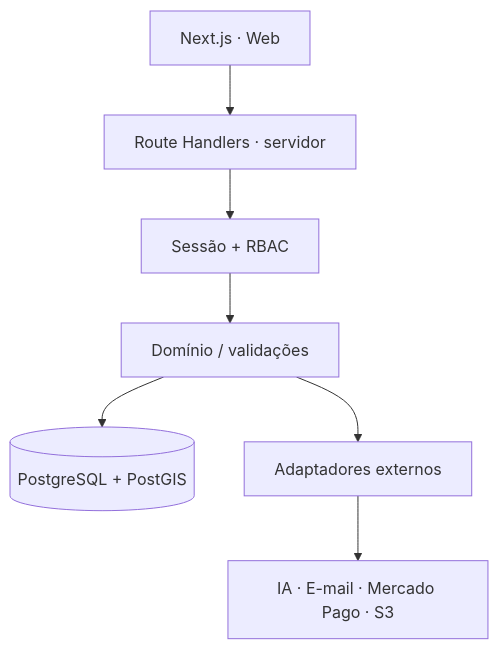
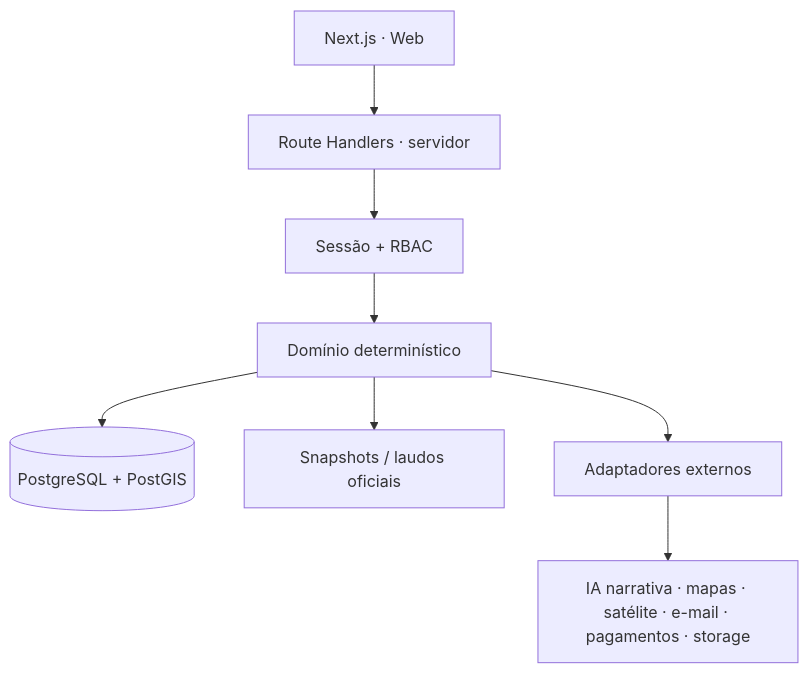
One commit to Vorium1/raiz-digital changed the diagram in docs/ARCHITECTURE.md. Above: the diagram before and after it, drawn with Mermaid. The commit also changed other lines of this file, not shown here.

Commit message:
docs: refresh current architecture

````diff
--- a/docs/ARCHITECTURE.md
+++ b/docs/ARCHITECTURE.md
@@ -7,9 +9,10 @@
 ```mermaid
 flowchart TB
   UI[Next.js · Web] --> API[Route Handlers · servidor]
   API --> AUTH[Sessão + RBAC]
-  AUTH --> DOMAIN[Domínio / validações]
+  AUTH --> DOMAIN[Domínio determinístico]
   DOMAIN --> DB[(PostgreSQL + PostGIS)]
+  DOMAIN --> REPORTS[Snapshots / laudos oficiais]
   DOMAIN --> ADAPTERS[Adaptadores externos]
-  ADAPTERS --> EXT[IA · E-mail · Mercado Pago · S3]
+  ADAPTERS --> EXT[IA narrativa · mapas · satélite · e-mail · pagamentos · storage]
 ```
````
